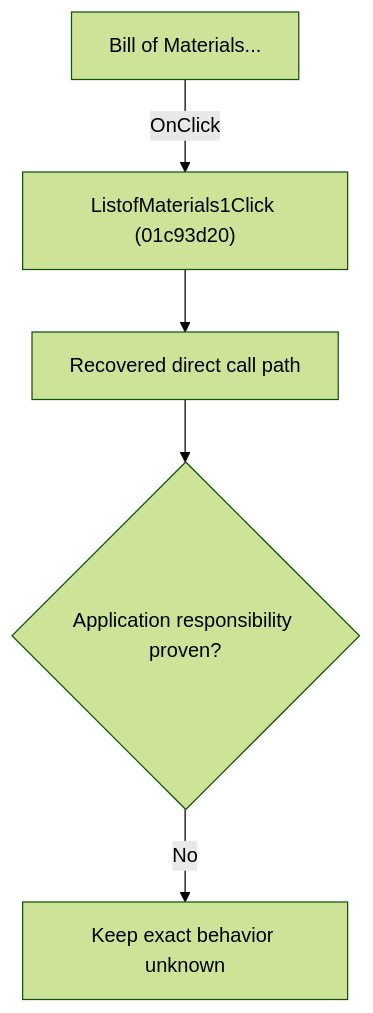
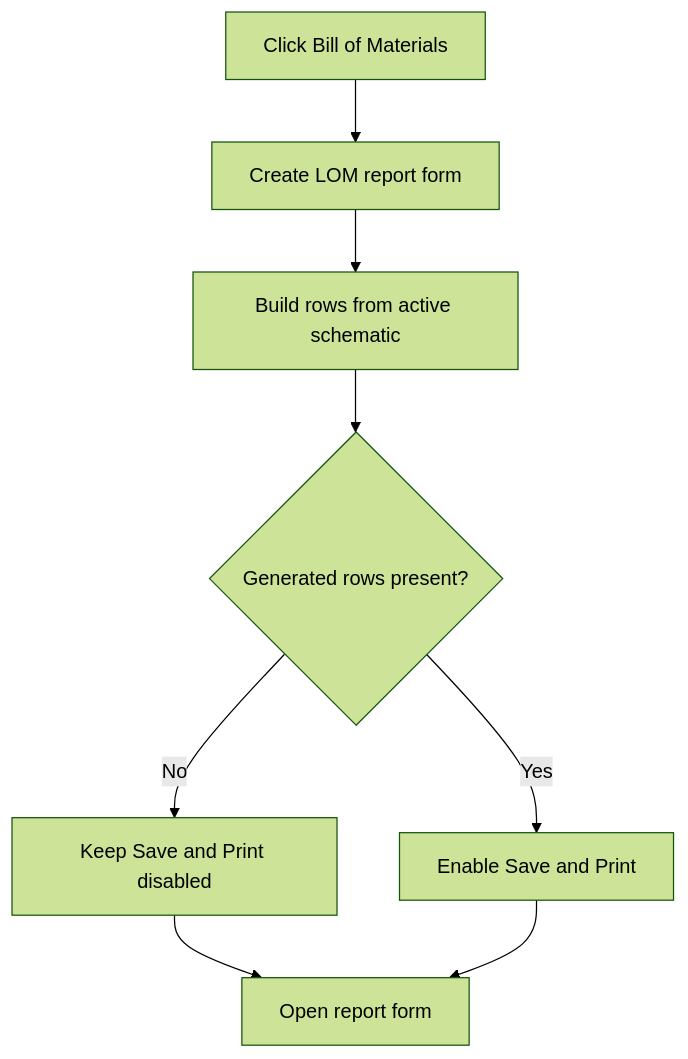
Before and after one commit to MovGP0/TIARA: the diagram in docs/ui-controls/schematiceditor/listofmaterials1-d695ac72de.md, drawn with Mermaid (forest theme). The commit also changed other lines of this file and 241 other files, not shown here.

````diff
--- a/docs/ui-controls/schematiceditor/listofmaterials1-d695ac72de.md
+++ b/docs/ui-controls/schematiceditor/listofmaterials1-d695ac72de.md
@@ -27,7 +27,10 @@
 ```mermaid
 flowchart TD
-    control["Bill of Materials..."] -->|"OnClick"| handler["ListofMaterials1Click (01c93d20)"]
-    handler --> recovered["Recovered direct call path"]
-    recovered --> gap{"Application responsibility proven?"}
-    gap -->|"No"| blocked["Keep exact behavior unknown"]
+    control["Click Bill of Materials"] --> form["Create LOM report form"]
+    form --> build["Build rows from active schematic"]
+    build --> rows{"Generated rows present?"}
+    rows -->|"No"| disable["Keep Save and Print disabled"]
+    rows -->|"Yes"| enable["Enable Save and Print"]
+    disable --> dialog["Open report form"]
+    enable --> dialog
 ```
````
